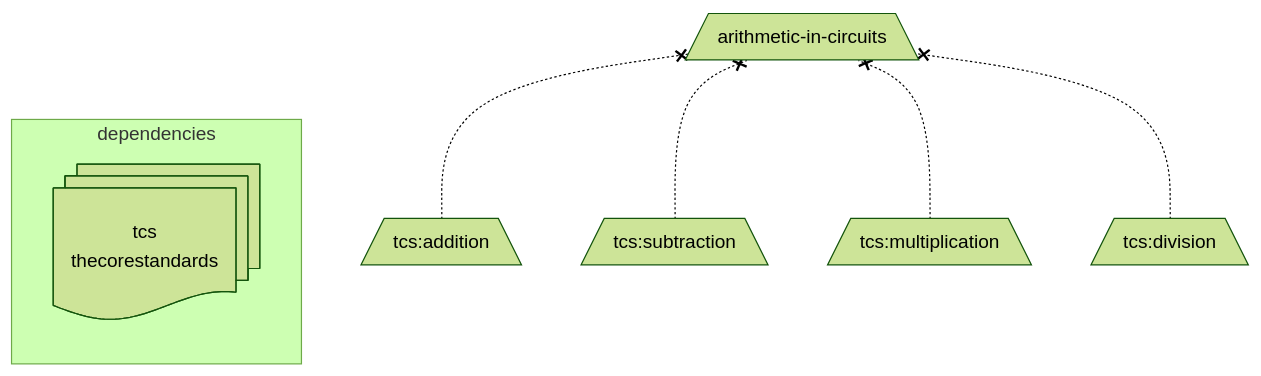
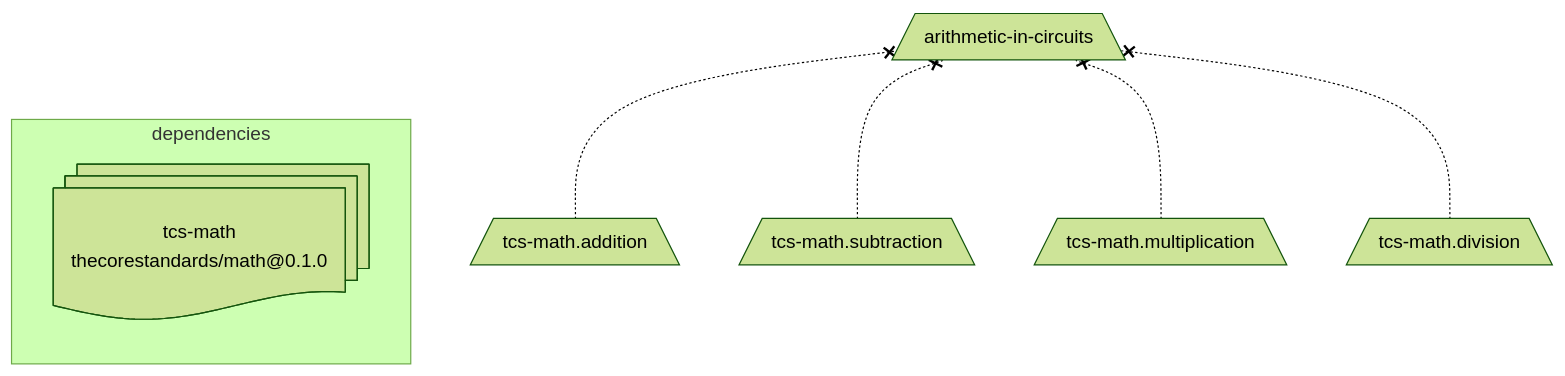
The diagram in specs/topic-list.md (openproficiency/model), drawn with Mermaid (forest theme) before and after one commit. The commit also changed other lines of this file, not shown here.

````diff
--- a/specs/topic-list.md
+++ b/specs/topic-list.md
@@ -60,15 +60,15 @@
 ```mermaid
 flowchart BT
 
   arithmetic-in-circuits[/"arithmetic-in-circuits"\]
 
-    addition[/"tcs:addition"\] -.-x arithmetic-in-circuits
-    subtraction[/"tcs:subtraction"\] -.-x arithmetic-in-circuits
-    multiplication[/"tcs:multiplication"\] -.-x arithmetic-in-circuits
-    division[/"tcs:division"\] -.-x arithmetic-in-circuits
+    addition[/"tcs-math.addition"\] -.-x arithmetic-in-circuits
+    subtraction[/"tcs-math.subtraction"\] -.-x arithmetic-in-circuits
+    multiplication[/"tcs-math.multiplication"\] -.-x arithmetic-in-circuits
+    division[/"tcs-math.division"\] -.-x arithmetic-in-circuits
 
   %% Dependencies
   subgraph dependencies
-    thecorestandards@{ shape: docs, label: "tcs<br/>thecorestandards" }
+    tcs-math@{ shape: docs, label: "tcs-math<br/>thecorestandards/math@0.1.0" }
   end
 ```
````
